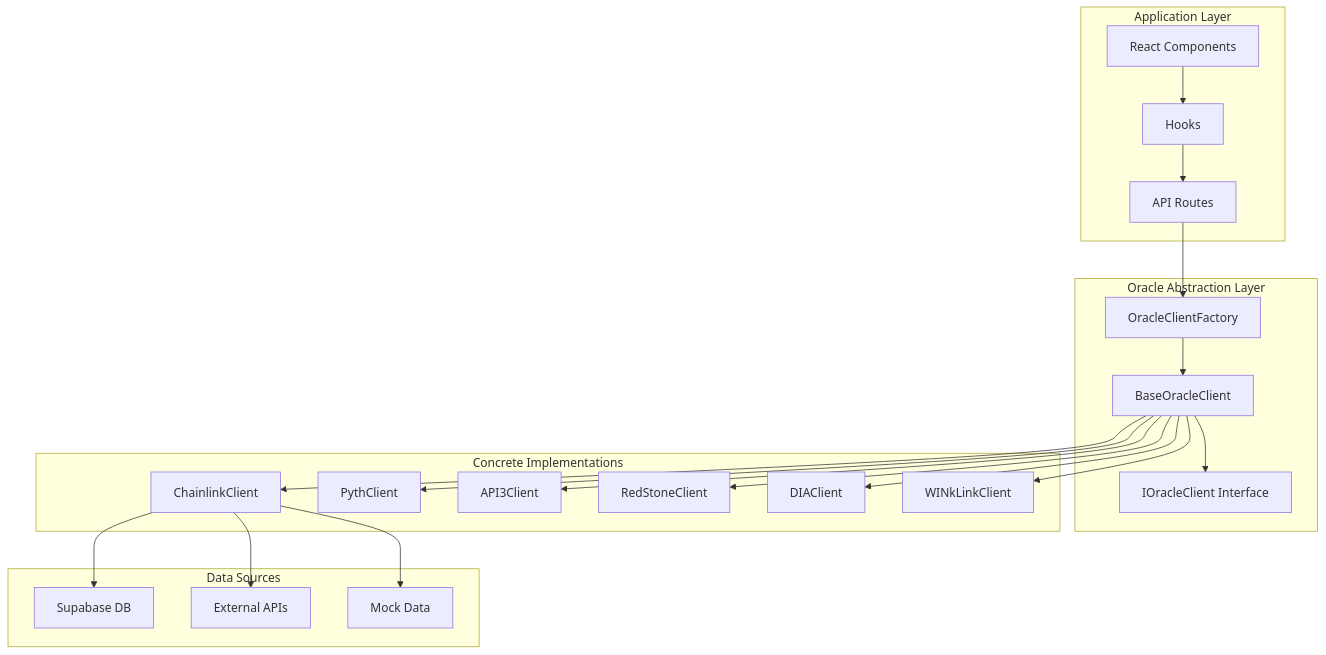
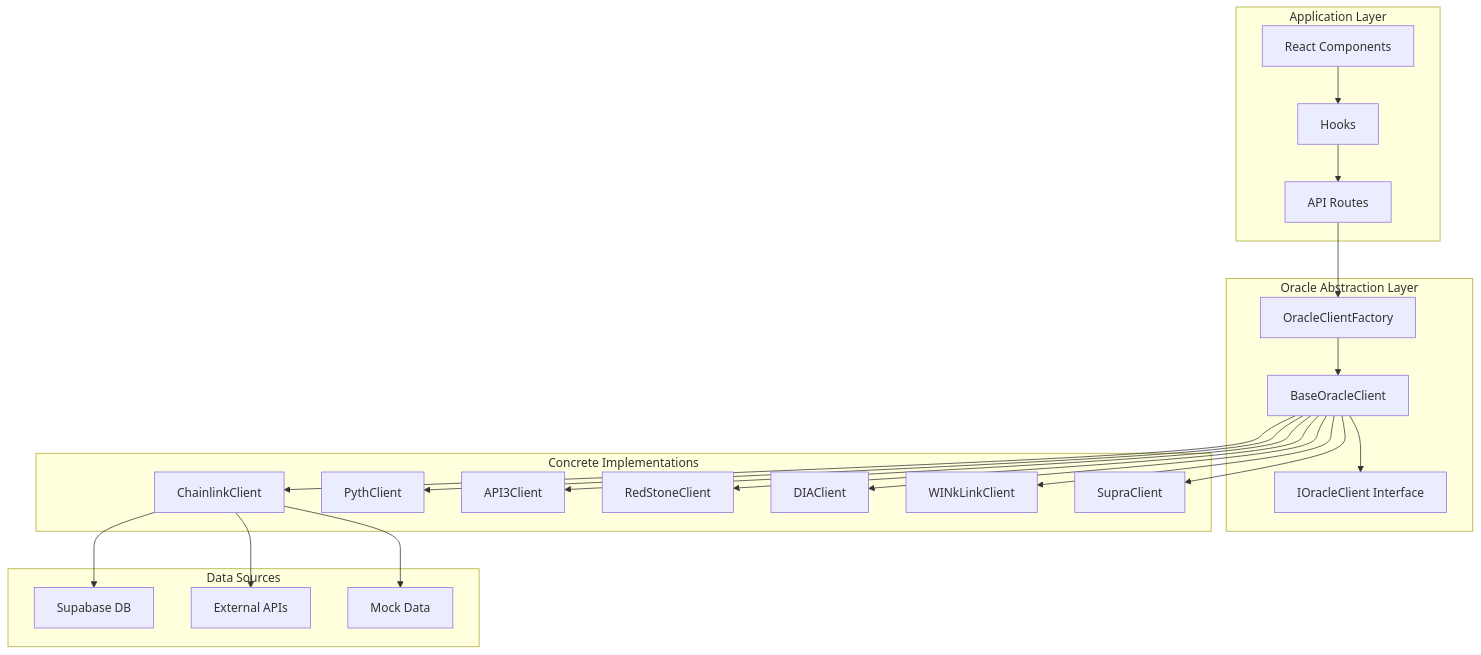
The first of 3 diagrams in docs/architecture/oracles.md (imokokok/Insight), drawn with Mermaid before and after one commit. The commit also changed other lines of this file and 103 other files, not shown here.

````diff
--- a/docs/architecture/oracles.md
+++ b/docs/architecture/oracles.md
@@ -32,44 +33,46 @@
 ```mermaid
 graph TB
     subgraph Application["Application Layer"]
         A[React Components]
         B[Hooks]
         C[API Routes]
     end
 
     subgraph OracleLayer["Oracle Abstraction Layer"]
         D[OracleClientFactory]
         E[BaseOracleClient]
         F[IOracleClient Interface]
     end
 
     subgraph Implementations["Concrete Implementations"]
         G[ChainlinkClient]
         H[PythClient]
         I[API3Client]
         J[RedStoneClient]
         K[DIAClient]
         L[WINkLinkClient]
+        M[SupraClient]
     end
 
     subgraph DataSources["Data Sources"]
         Q[Supabase DB]
         R[External APIs]
         S[Mock Data]
     end
 
     A --> B
     B --> C
     C --> D
     D --> E
     E --> F
     E --> G
     E --> H
     E --> I
     E --> J
     E --> K
     E --> L
+    E --> M
     G --> Q
     G --> R
     G --> S
 ```
````
